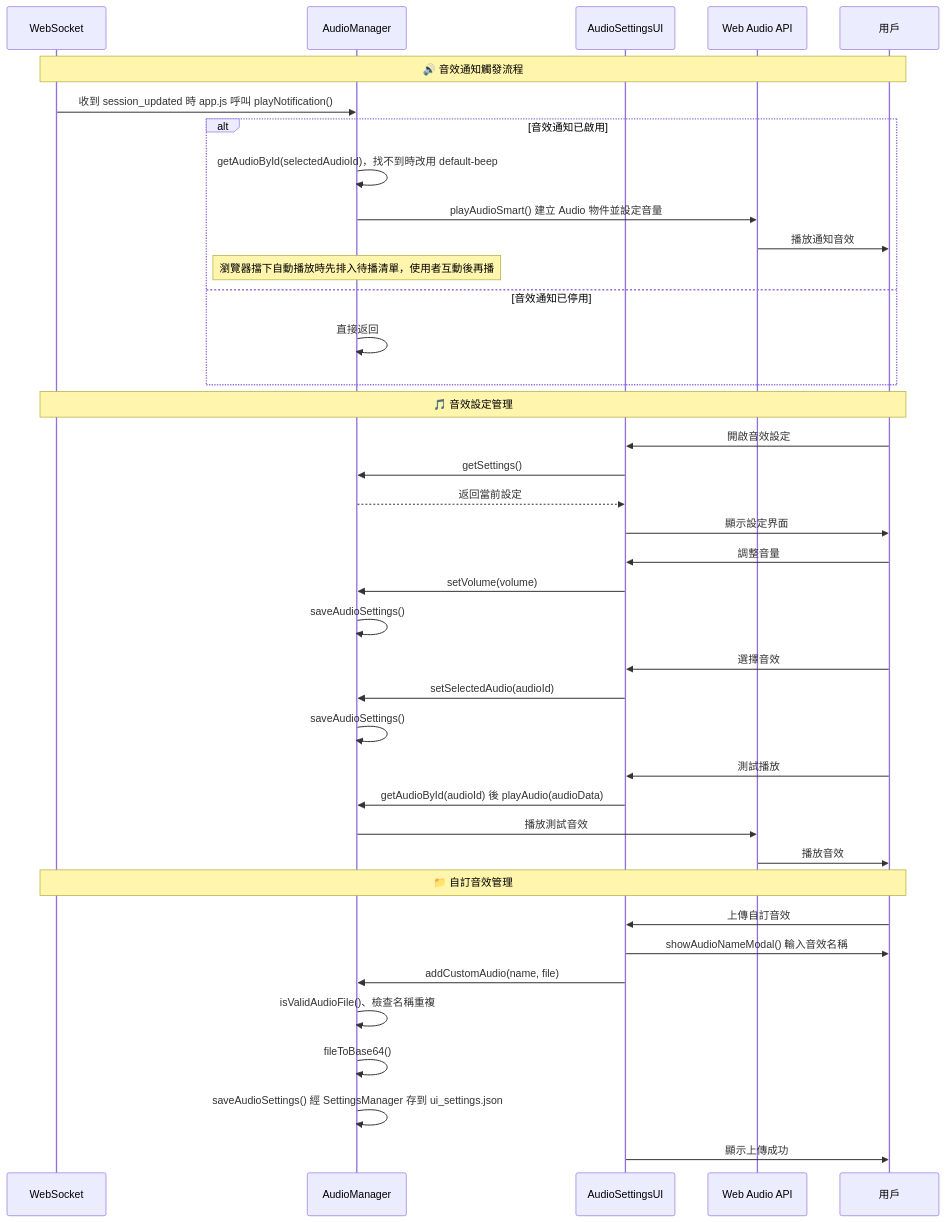
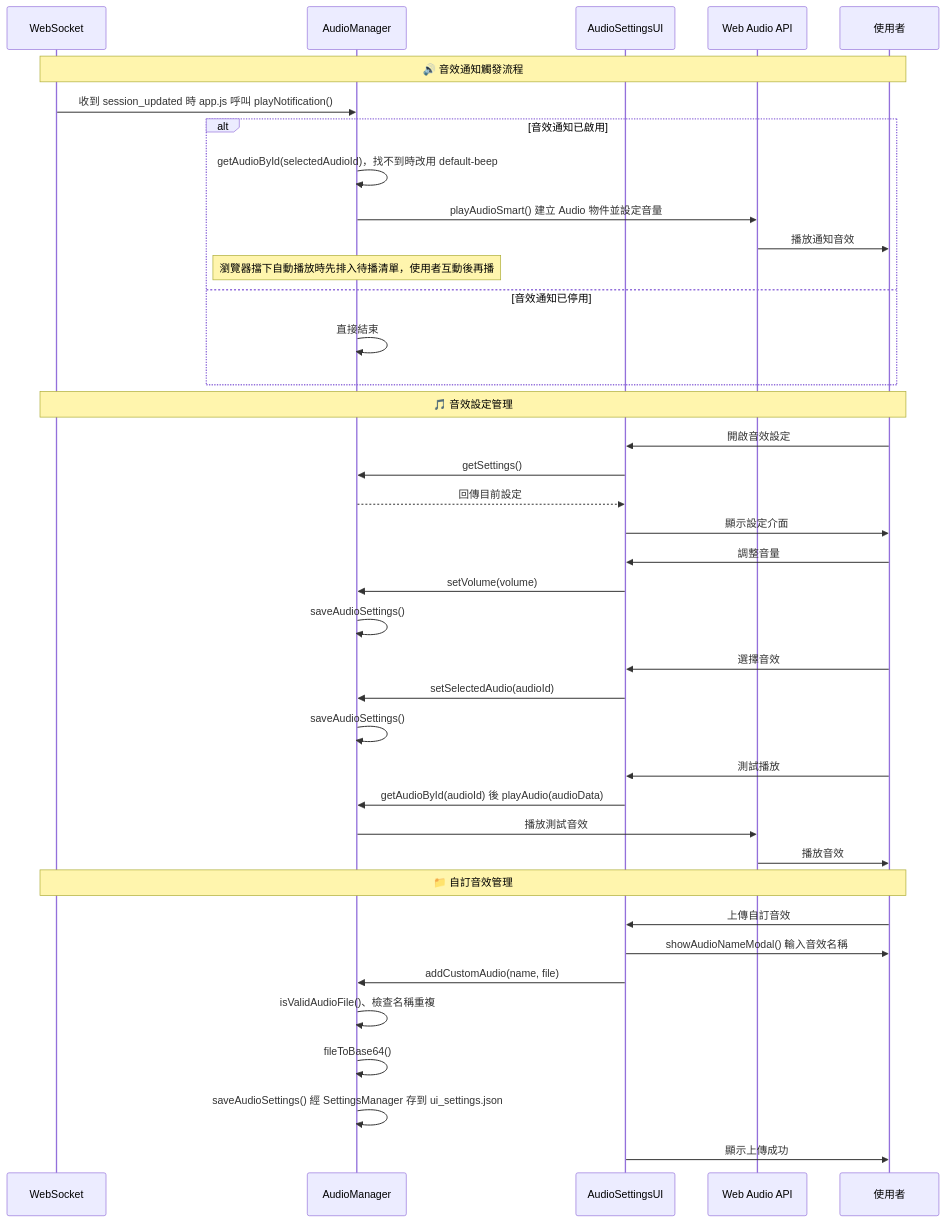
Before and after one commit to CloudEngineHub/mcp-feedback-enhanced: the ninth of 12 diagrams in docs/architecture/interaction-flows.md, drawn with Mermaid. The commit also changed other lines of this file, not shown here.

````diff
--- a/docs/architecture/interaction-flows.md
+++ b/docs/architecture/interaction-flows.md
@@ -429,47 +429,47 @@
 ```mermaid
 sequenceDiagram
     participant WS as WebSocket
     participant AM as AudioManager
     participant ASU as AudioSettingsUI
     participant AUDIO as Web Audio API
-    participant User as 用戶
+    participant User as 使用者
 
     Note over WS,User: 🔊 音效通知觸發流程
     WS->>AM: 收到 session_updated 時 app.js 呼叫 playNotification()
     alt 音效通知已啟用
         AM->>AM: getAudioById(selectedAudioId)，找不到時改用 default-beep
         AM->>AUDIO: playAudioSmart() 建立 Audio 物件並設定音量
         AUDIO->>User: 播放通知音效
         Note over AM: 瀏覽器擋下自動播放時先排入待播清單，使用者互動後再播
     else 音效通知已停用
-        AM->>AM: 直接返回
+        AM->>AM: 直接結束
     end
 
     Note over WS,User: 🎵 音效設定管理
     User->>ASU: 開啟音效設定
     ASU->>AM: getSettings()
-    AM-->>ASU: 返回當前設定
-    ASU->>User: 顯示設定界面
+    AM-->>ASU: 回傳目前設定
+    ASU->>User: 顯示設定介面
 
     User->>ASU: 調整音量
     ASU->>AM: setVolume(volume)
     AM->>AM: saveAudioSettings()
 
     User->>ASU: 選擇音效
     ASU->>AM: setSelectedAudio(audioId)
     AM->>AM: saveAudioSettings()
 
     User->>ASU: 測試播放
     ASU->>AM: getAudioById(audioId) 後 playAudio(audioData)
     AM->>AUDIO: 播放測試音效
     AUDIO->>User: 播放音效
 
     Note over WS,User: 📁 自訂音效管理
     User->>ASU: 上傳自訂音效
     ASU->>User: showAudioNameModal() 輸入音效名稱
     ASU->>AM: addCustomAudio(name, file)
     AM->>AM: isValidAudioFile()、檢查名稱重複
     AM->>AM: fileToBase64()
     AM->>AM: saveAudioSettings() 經 SettingsManager 存到 ui_settings.json
     ASU->>User: 顯示上傳成功
 ```
````
